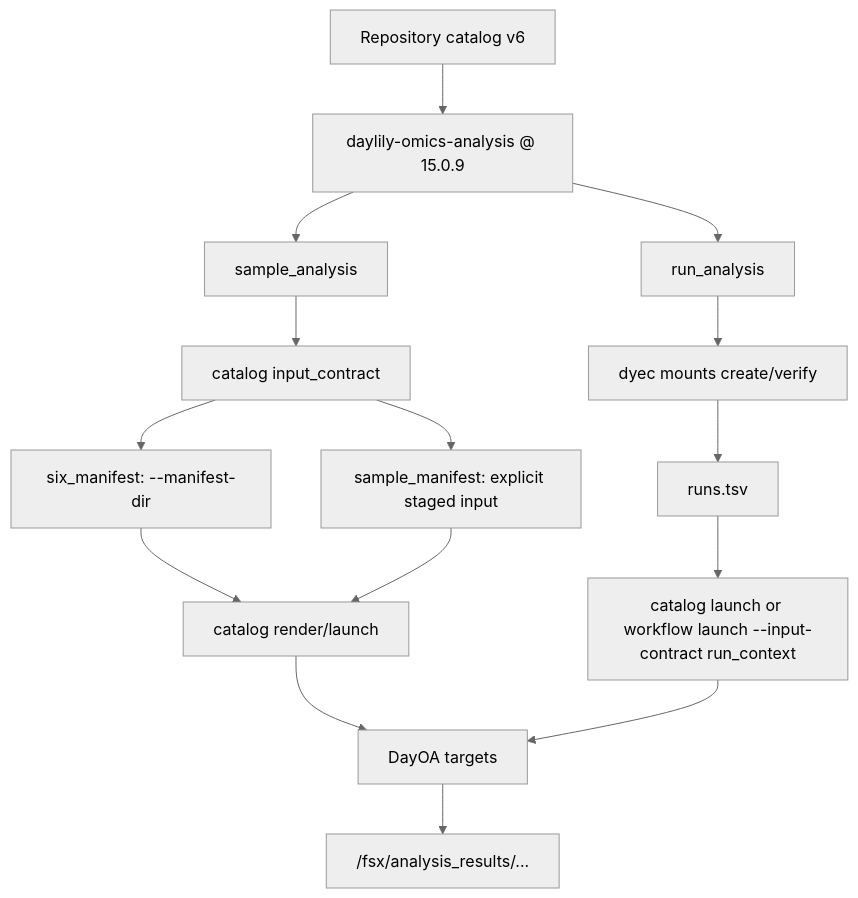
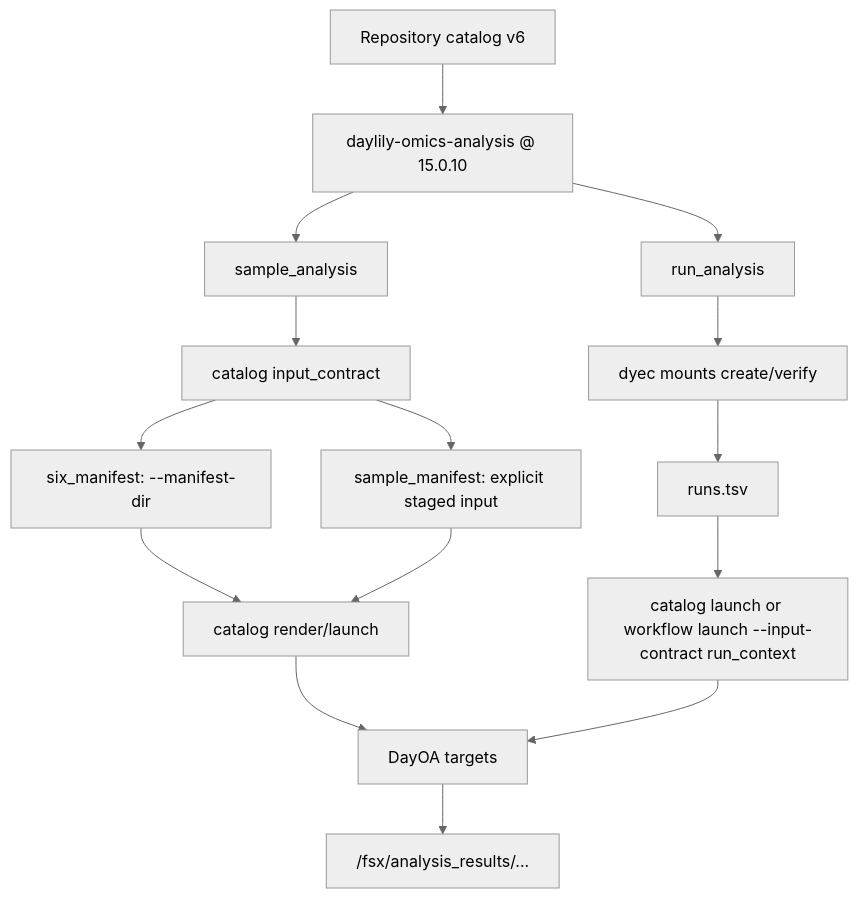
One commit to Daylily-Informatics/daylily-ephemeral-cluster changed the third of 3 diagrams in docs/dra_fsx_strategy.md. Above: the diagram before and after it, drawn with Mermaid (neutral theme). The commit also changed other lines of this file and 24 other files, not shown here.

````diff
--- a/docs/dra_fsx_strategy.md
+++ b/docs/dra_fsx_strategy.md
@@ -110,20 +110,20 @@
 ```mermaid
 flowchart TB
-  Catalog["Repository catalog v6"] --> Repo["daylily-omics-analysis @ 15.0.9"]
+  Catalog["Repository catalog v6"] --> Repo["daylily-omics-analysis @ 15.0.10"]
   Repo --> Sample["sample_analysis"]
   Repo --> Run["run_analysis"]
 
   Sample --> Contract["catalog input_contract"]
   Contract --> Six["six_manifest: --manifest-dir"]
   Contract --> Legacy["sample_manifest: explicit staged input"]
   Six --> LaunchA["catalog render/launch"]
   Legacy --> LaunchA
 
   Run --> Mount["dyec mounts create/verify"]
   Mount --> Runs["runs.tsv"]
   Runs --> LaunchB["catalog launch or workflow launch --input-contract run_context"]
 
   LaunchA --> DayOA["DayOA targets"]
   LaunchB --> DayOA
   DayOA --> Results["/fsx/analysis_results/..."]
 ```
````
